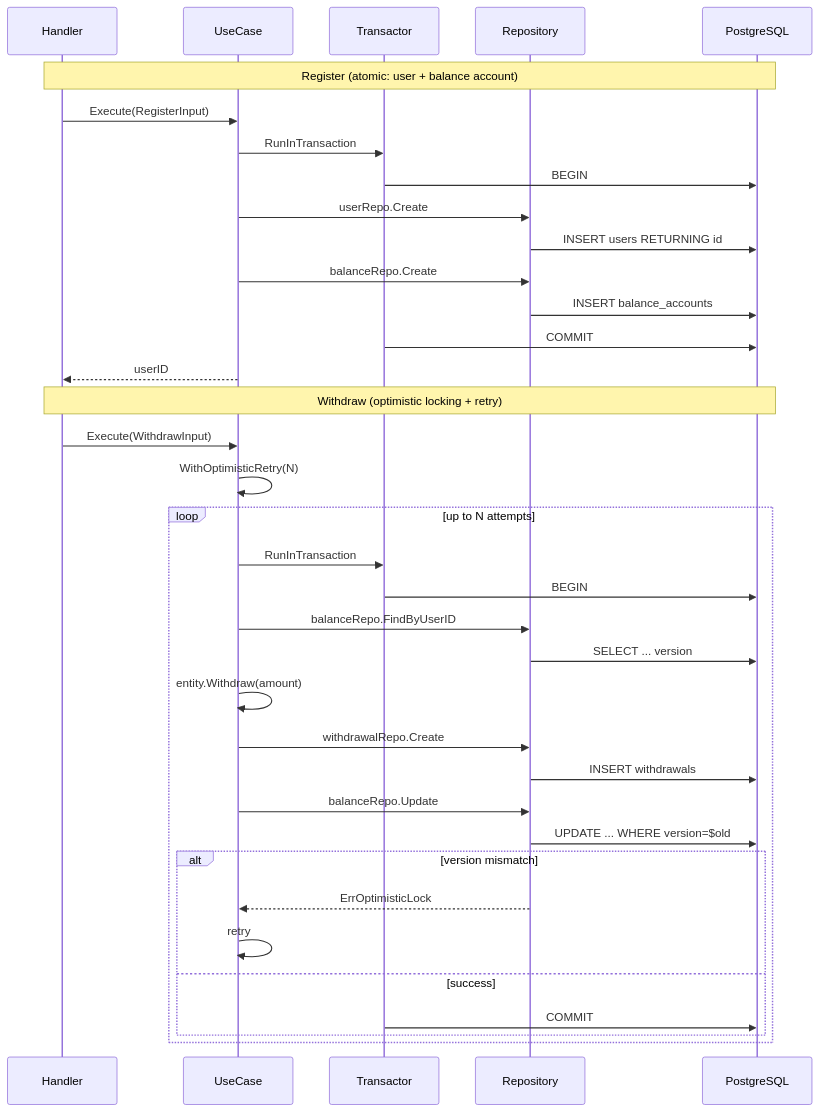
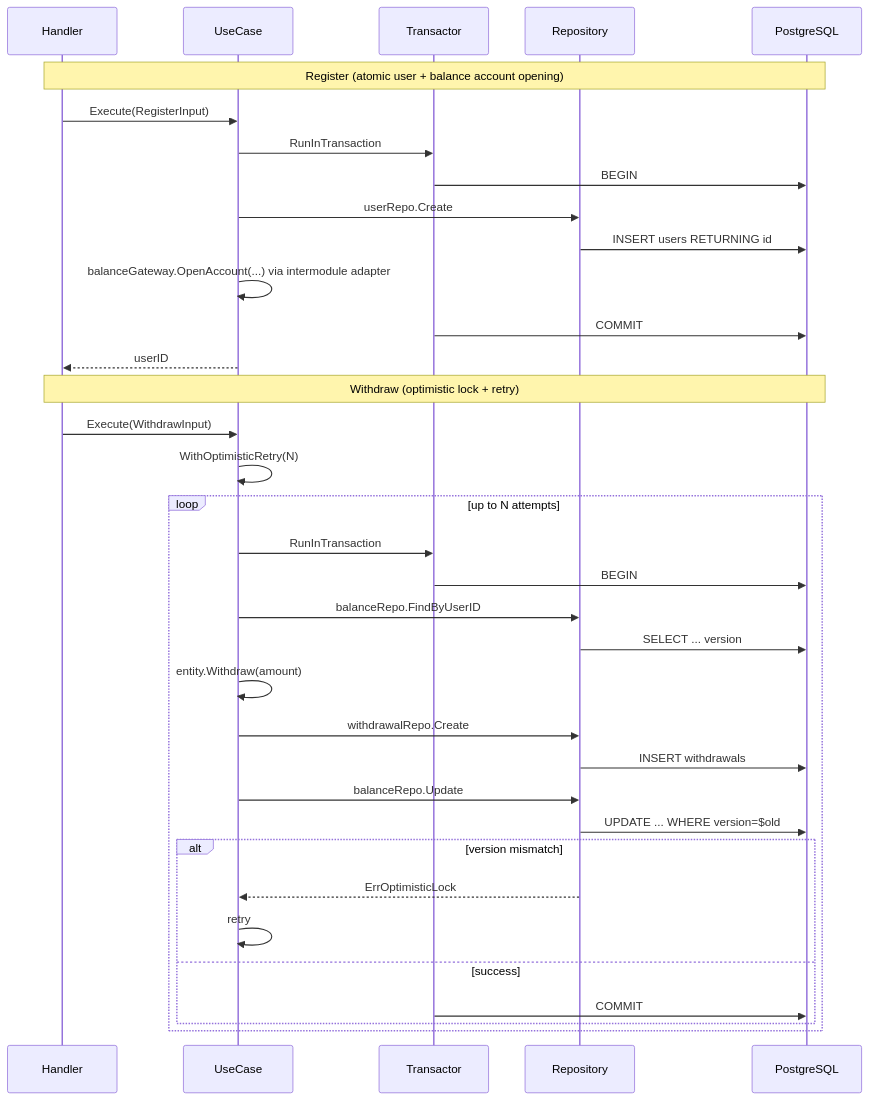
Before and after one commit to iPatrushevSergey/gophermart: the fifth of 8 diagrams in ARCHITECTURE.md, drawn with Mermaid. The commit also changed other lines of this file, not shown here.

First line of the commit message:
docs(architecture): update module architecture diagrams

````diff
--- a/ARCHITECTURE.md
+++ b/ARCHITECTURE.md
@@ -329,40 +360,39 @@
 ```mermaid
 sequenceDiagram
     participant H as Handler
     participant UC as UseCase
     participant TX as Transactor
     participant R as Repository
     participant DB as PostgreSQL
 
-    Note over H,DB: Register (atomic: user + balance account)
+    Note over H,DB: Register (atomic user + balance account opening)
     H->>UC: Execute(RegisterInput)
     UC->>TX: RunInTransaction
     TX->>DB: BEGIN
     UC->>R: userRepo.Create
     R->>DB: INSERT users RETURNING id
-    UC->>R: balanceRepo.Create
-    R->>DB: INSERT balance_accounts
+    UC->>UC: balanceGateway.OpenAccount(...) via intermodule adapter
     TX->>DB: COMMIT
     UC-->>H: userID
 
-    Note over H,DB: Withdraw (optimistic locking + retry)
+    Note over H,DB: Withdraw (optimistic lock + retry)
     H->>UC: Execute(WithdrawInput)
     UC->>UC: WithOptimisticRetry(N)
     loop up to N attempts
         UC->>TX: RunInTransaction
         TX->>DB: BEGIN
         UC->>R: balanceRepo.FindByUserID
         R->>DB: SELECT ... version
         UC->>UC: entity.Withdraw(amount)
         UC->>R: withdrawalRepo.Create
         R->>DB: INSERT withdrawals
         UC->>R: balanceRepo.Update
         R->>DB: UPDATE ... WHERE version=$old
         alt version mismatch
             R-->>UC: ErrOptimisticLock
             UC->>UC: retry
         else success
             TX->>DB: COMMIT
         end
     end
 ```
````
